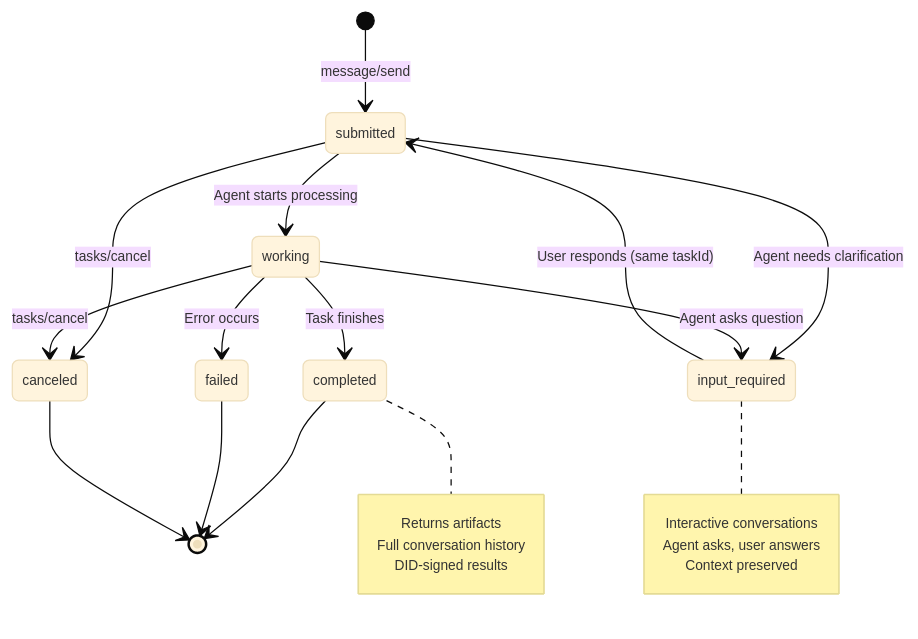
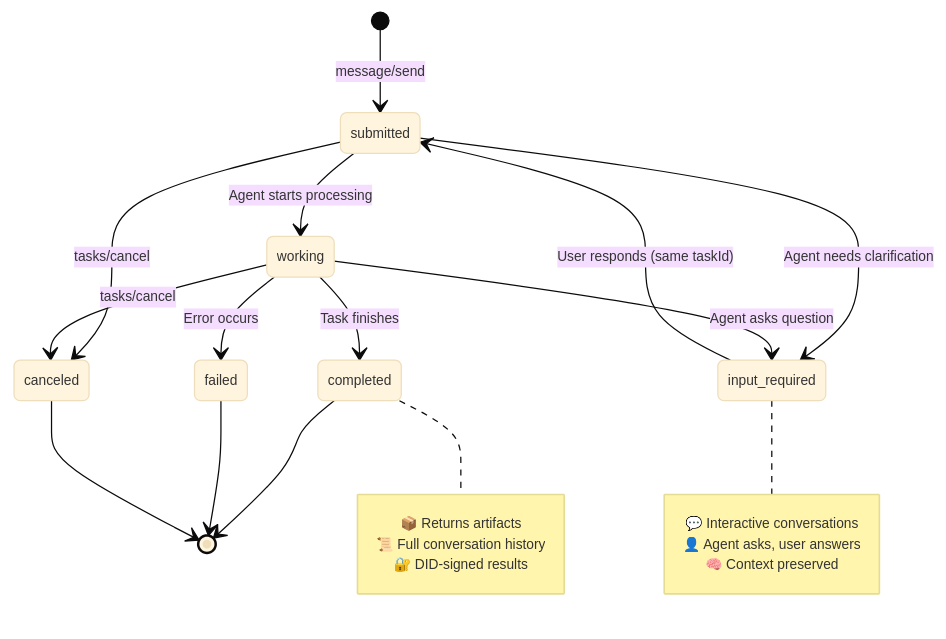
The second of 2 diagrams in bindu/introduction/key-concepts.mdx (raahulrahl/docs), drawn with Mermaid before and after one commit. The commit also changed other lines of this file and 1 other file, not shown here.

````diff
--- a/bindu/introduction/key-concepts.mdx
+++ b/bindu/introduction/key-concepts.mdx
@@ -67,28 +70,28 @@
 ```mermaid
 %%{init: {'theme':'base', 'themeVariables': { 'fontSize':'11px'}, 'flowchart':{'nodeSpacing': 40, 'rankSpacing': 50}}}%%
 stateDiagram-v2
     [*] --> submitted: message/send
     submitted --> working: Agent starts processing
     submitted --> input_required: Agent needs clarification
     working --> input_required: Agent asks question
     input_required --> submitted: User responds (same taskId)
     working --> completed: Task finishes
     working --> failed: Error occurs
     submitted --> canceled: tasks/cancel
     working --> canceled: tasks/cancel
     completed --> [*]
     failed --> [*]
     canceled --> [*]
     
     note right of input_required
-        Interactive conversations
-        Agent asks, user answers
-        Context preserved
+        💬 Interactive conversations
+        👤 Agent asks, user answers
+        🧠 Context preserved
     end note
     
     note right of completed
-        Returns artifacts
-        Full conversation history
-        DID-signed results
+        📦 Returns artifacts
+        📜 Full conversation history
+        🔐 DID-signed results
     end note
 ```
````
